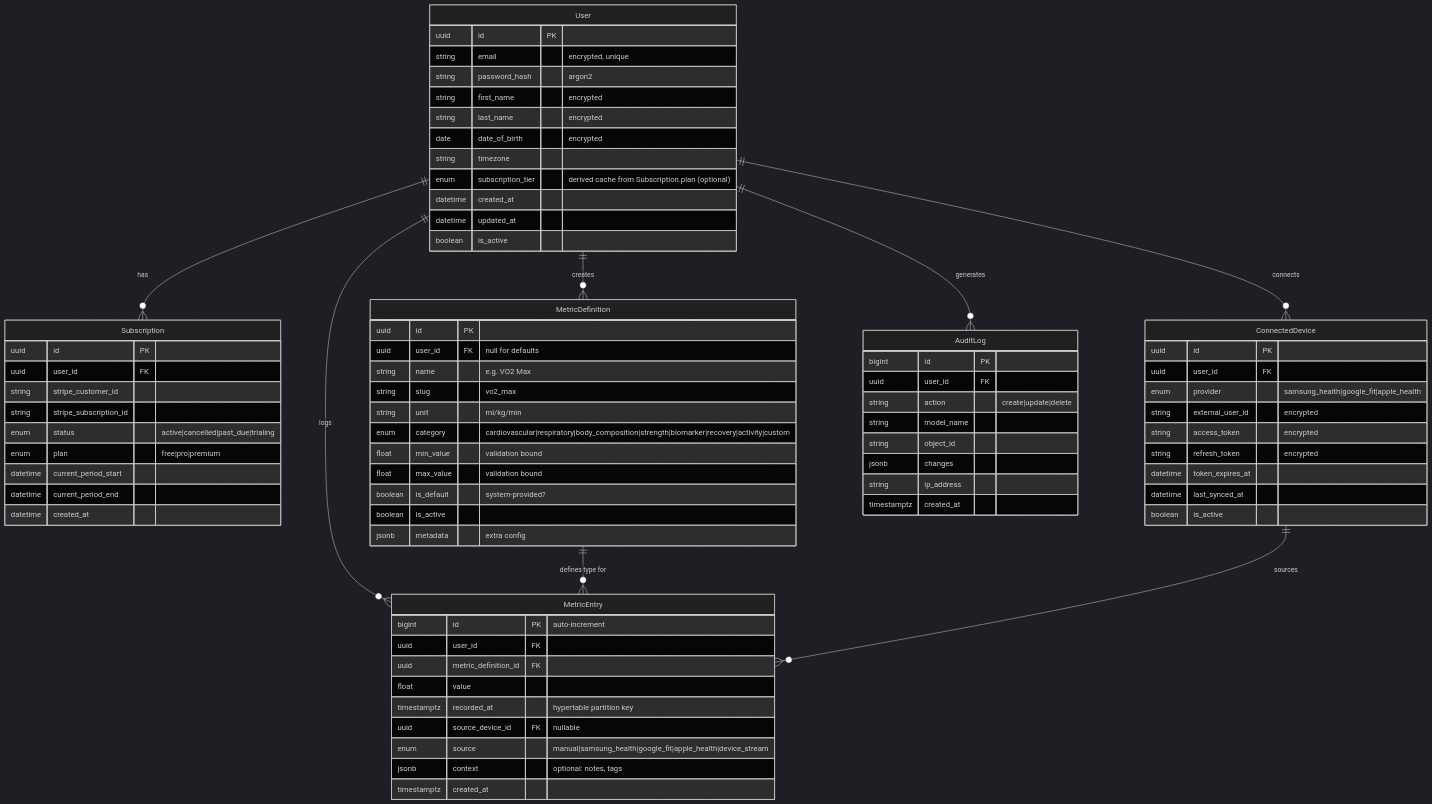
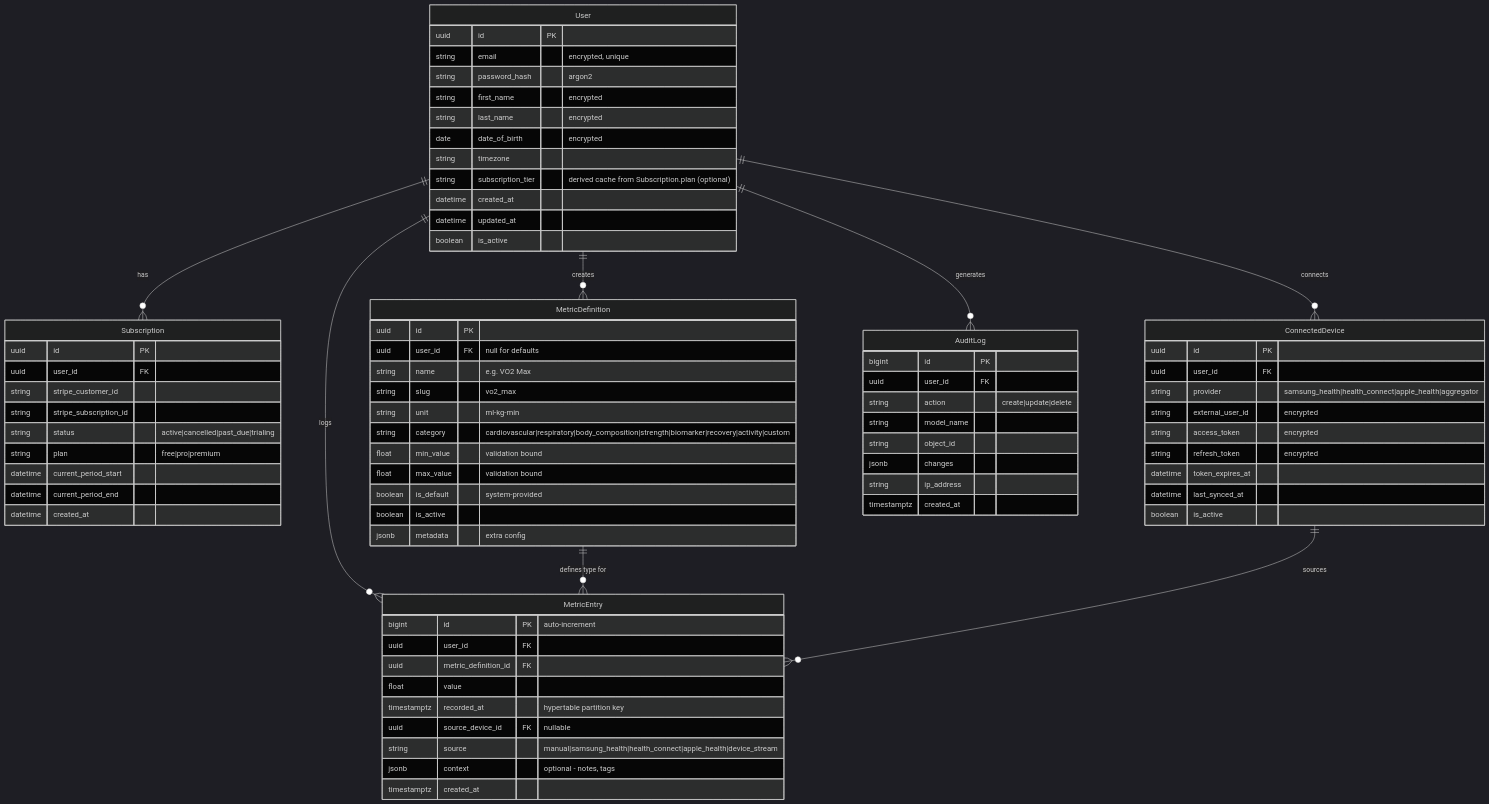
Before and after one commit to elvisrepo/long: the second of 3 diagrams in planning.md, drawn with Mermaid (dark theme). The commit also changed other lines of this file, not shown here.

Commit message:
updated plan

```diff
--- a/planning.md
+++ b/planning.md
@@ -111,7 +337,7 @@
         string last_name "encrypted"
         date date_of_birth "encrypted"
         string timezone
-        enum subscription_tier "derived cache from Subscription.plan (optional)"
+        string subscription_tier "derived cache from Subscription.plan (optional)"
         datetime created_at
         datetime updated_at
         boolean is_active
@@ -122,8 +348,8 @@
         uuid user_id FK
         string stripe_customer_id
         string stripe_subscription_id
-        enum status "active|cancelled|past_due|trialing"
-        enum plan "free|pro|premium"
+        string status "active|cancelled|past_due|trialing"
+        string plan "free|pro|premium"
         datetime current_period_start
         datetime current_period_end
         datetime created_at
@@ -134,11 +360,11 @@
         uuid user_id FK "null for defaults"
         string name "e.g. VO2 Max"
         string slug "vo2_max"
-        string unit "ml/kg/min"
-        enum category "cardiovascular|respiratory|body_composition|strength|biomarker|recovery|activity|custom"
+        string unit "ml-kg-min"
+        string category "cardiovascular|respiratory|body_composition|strength|biomarker|recovery|activity|custom"
         float min_value "validation bound"
         float max_value "validation bound"
-        boolean is_default "system-provided?"
+        boolean is_default "system-provided"
         boolean is_active
         jsonb metadata "extra config"
     }
@@ -150,15 +376,15 @@
         float value
         timestamptz recorded_at "hypertable partition key"
         uuid source_device_id FK "nullable"
-        enum source "manual|samsung_health|google_fit|apple_health|device_stream"
-        jsonb context "optional: notes, tags"
+        string source "manual|samsung_health|health_connect|apple_health|device_stream"
+        jsonb context "optional - notes, tags"
         timestamptz created_at
     }
 
     ConnectedDevice {
         uuid id PK
         uuid user_id FK
-        enum provider "samsung_health|google_fit|apple_health"
+        string provider "samsung_health|health_connect|apple_health|aggregator"
         string external_user_id "encrypted"
         string access_token "encrypted"
         string refresh_token "encrypted"
```
